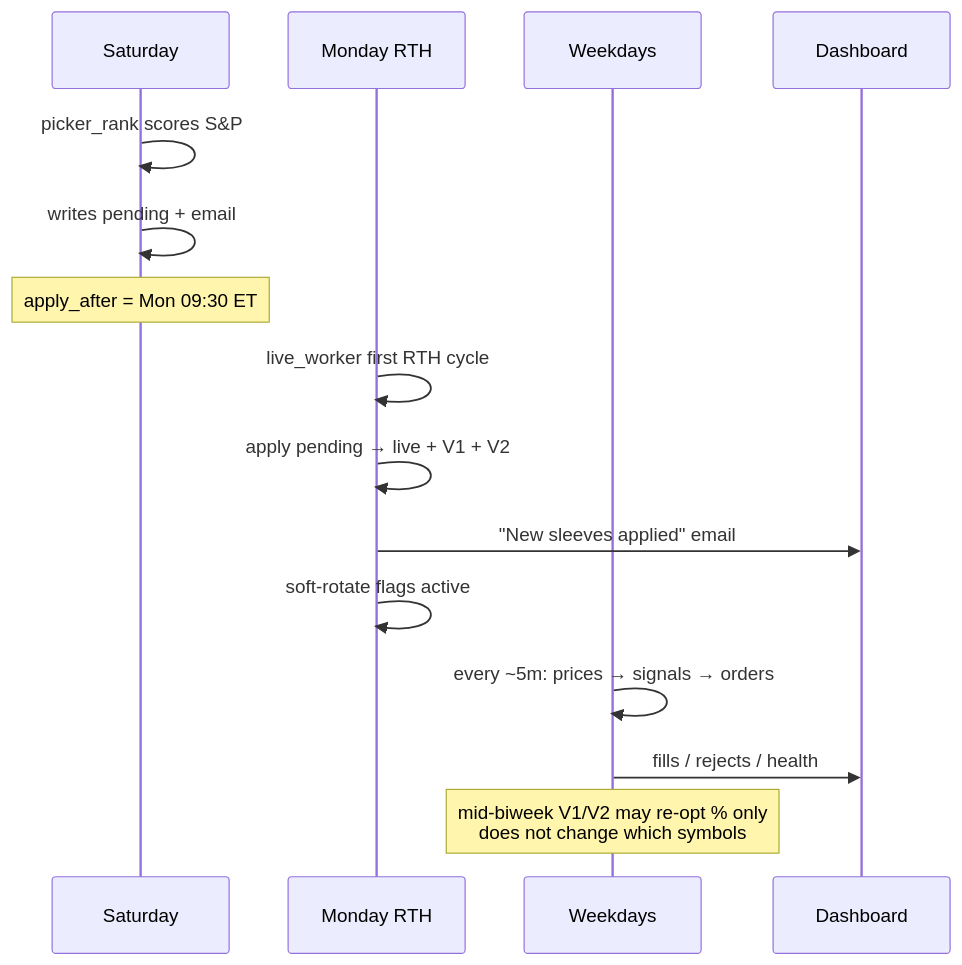
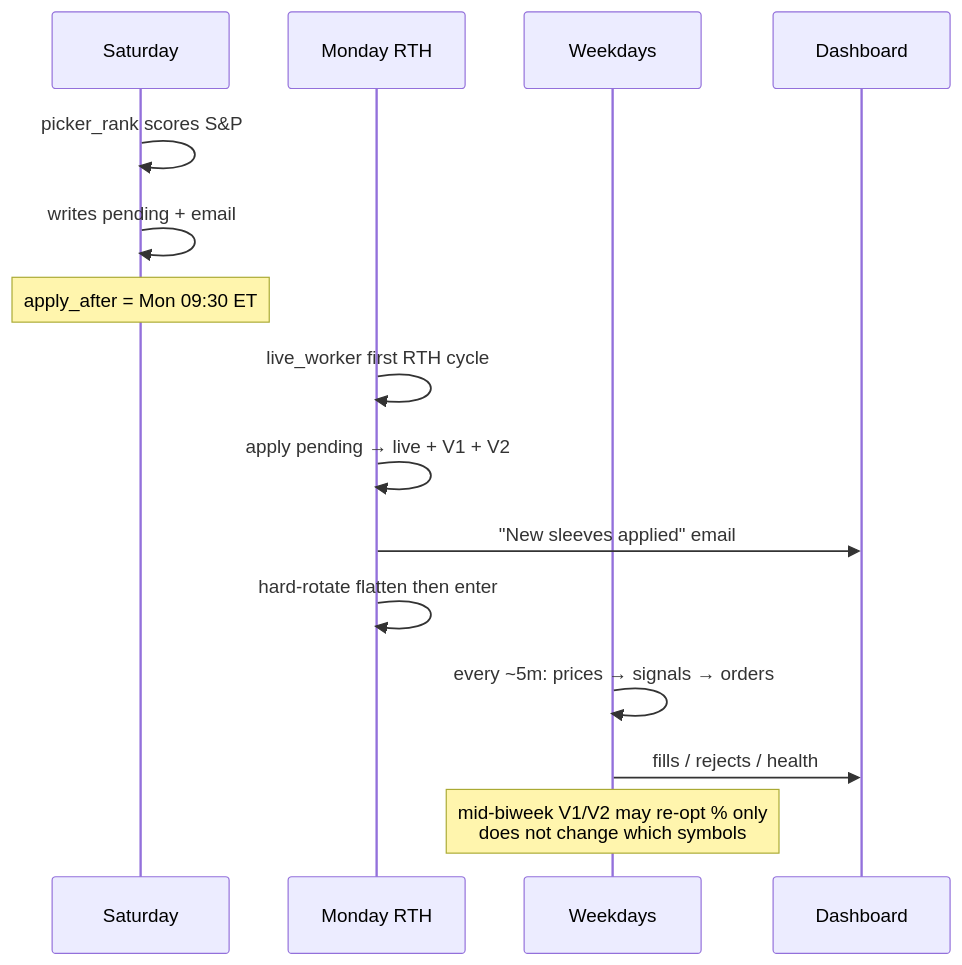
One commit to phungthien97/autonomous-trade-alerts changed the ninth of 9 diagrams in docs/bot_architecture.md. Above: the diagram before and after it, drawn with Mermaid. The commit also changed other lines of this file and 11 other files, not shown here.

First line of the commit message:
Replace soft-rotate with hard rotate: flatten book, then buy new slate.

````diff
--- a/docs/bot_architecture.md
+++ b/docs/bot_architecture.md
@@ -309,20 +310,20 @@
 ```mermaid
 sequenceDiagram
   participant Sat as Saturday
   participant Mon as Monday RTH
   participant Day as Weekdays
   participant Dash as Dashboard
 
   Sat->>Sat: picker_rank scores S&P
   Sat->>Sat: writes pending + email
   Note over Sat: apply_after = Mon 09:30 ET
 
   Mon->>Mon: live_worker first RTH cycle
   Mon->>Mon: apply pending → live + V1 + V2
   Mon->>Dash: "New sleeves applied" email
-  Mon->>Mon: soft-rotate flags active
+  Mon->>Mon: hard-rotate flatten then enter
 
   Day->>Day: every ~5m: prices → signals → orders
   Day->>Dash: fills / rejects / health
   Note over Day: mid-biweek V1/V2 may re-opt % only<br/>does not change which symbols
 ```
````
